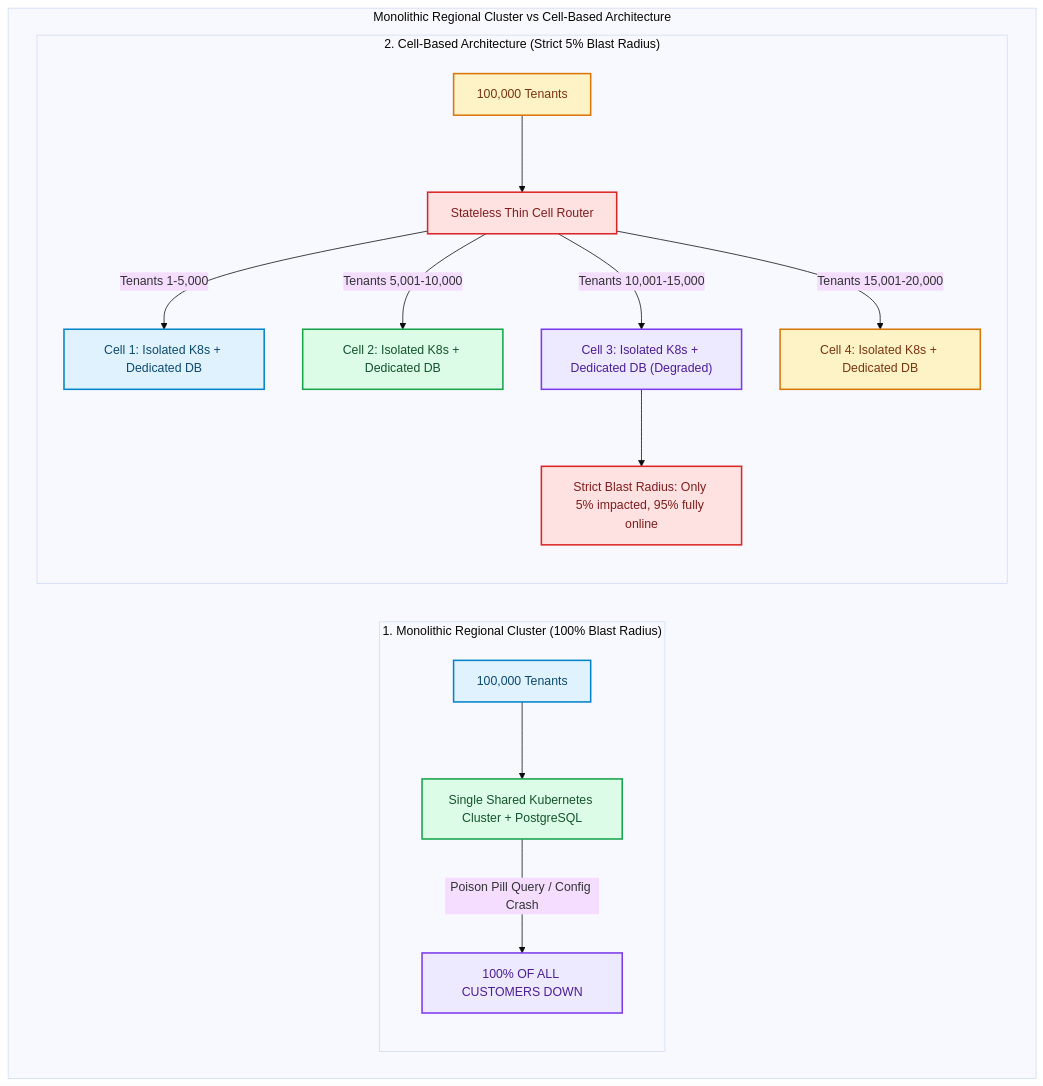
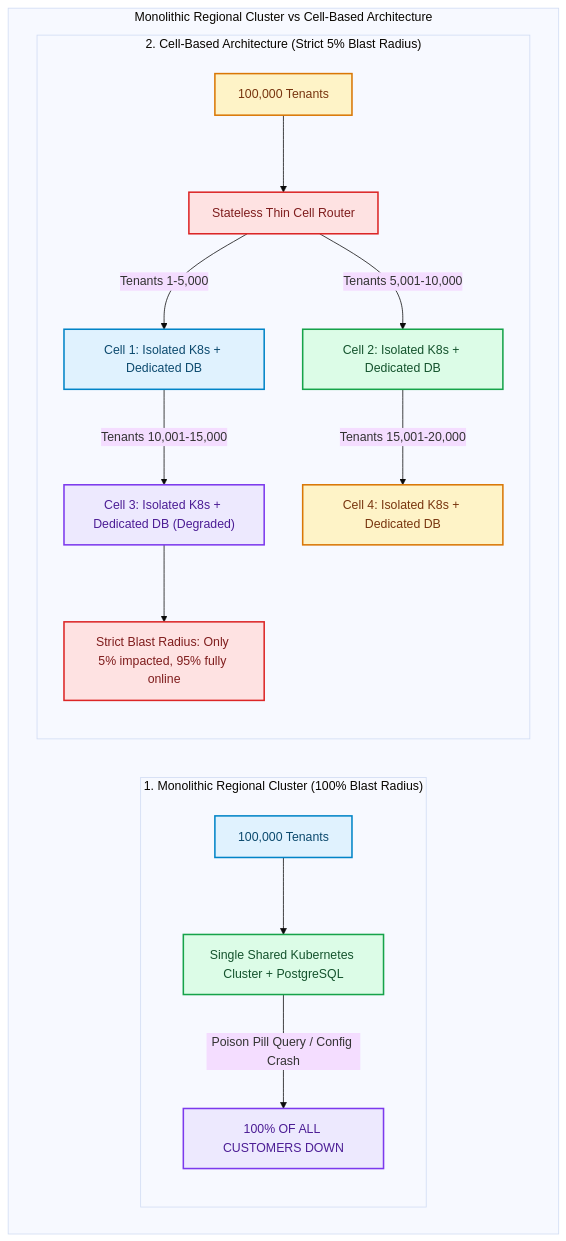
Before and after one commit to akmalkhaniub/akmalkhaniub.github.io: the first of 3 diagrams in blog/posts/cell-based-architecture-aws-stripe-slack-blast-radius-mitigation.md, drawn with Mermaid (base theme). The commit also changed 894 other files, not shown here.

Commit message:
feat(blog): upgrade all 444 posts with unique staggered dates, 2-col Mermaid spines, benchmark tables, code blocks, and trade-offs

````diff
--- a/blog/posts/cell-based-architecture-aws-stripe-slack-blast-radius-mitigation.md
+++ b/blog/posts/cell-based-architecture-aws-stripe-slack-blast-radius-mitigation.md
@@ -13,30 +13,30 @@
 ```mermaid
 flowchart TD
   subgraph SG1_MonolithicRegionalCluster ["Monolithic Regional Cluster vs Cell-Based Architecture"]
     subgraph SG2_1MonolithicRegional ["1. Monolithic Regional Cluster (100% Blast Radius)"]
       Clients1["100,000 Tenants"] --> BigCluster["Single Shared Kubernetes Cluster + PostgreSQL"]
       BigCluster -->|Poison Pill Query / Config Crash| Outage["100% OF ALL CUSTOMERS DOWN"]
     end
 
     subgraph SG3_2CellBased ["2. Cell-Based Architecture (Strict 5% Blast Radius)"]
       Clients2["100,000 Tenants"] --> CellRouter["Stateless Thin Cell Router"]
       CellRouter -->|Tenants 1-5,000| Cell1["Cell 1: Isolated K8s + Dedicated DB"]
       CellRouter -->|Tenants 5,001-10,000| Cell2["Cell 2: Isolated K8s + Dedicated DB"]
-      CellRouter -->|Tenants 10,001-15,000| Cell3["Cell 3: Isolated K8s + Dedicated DB (Degraded)"]
-      CellRouter -->|Tenants 15,001-20,000| Cell4["Cell 4: Isolated K8s + Dedicated DB"]
+      Cell1 --> |Tenants 10,001-15,000| Cell3["Cell 3: Isolated K8s + Dedicated DB (Degraded)"]
+      Cell2 --> |Tenants 15,001-20,000| Cell4["Cell 4: Isolated K8s + Dedicated DB"]
       
       Cell3 --> LimitedImpact["Strict Blast Radius: Only 5% impacted, 95% fully online"]
     end
   end
 
 classDef green fill:#dcfce7,stroke:#16a34a,stroke-width:2px,color:#14532d;
 classDef red fill:#fee2e2,stroke:#dc2626,stroke-width:2px,color:#7f1d1d;
 classDef blue fill:#e0f2fe,stroke:#0284c7,stroke-width:2px,color:#0c4a6e;
 classDef yellow fill:#fef3c7,stroke:#d97706,stroke-width:2px,color:#78350f;
 classDef purple fill:#ede9fe,stroke:#7c3aed,stroke-width:2px,color:#4c1d95;
 class Clients1,Cell1 blue
 class BigCluster,Cell2 green
 class Outage,Cell3 purple
 class Clients2,Cell4 yellow
 class CellRouter,LimitedImpact red
 ```
````
